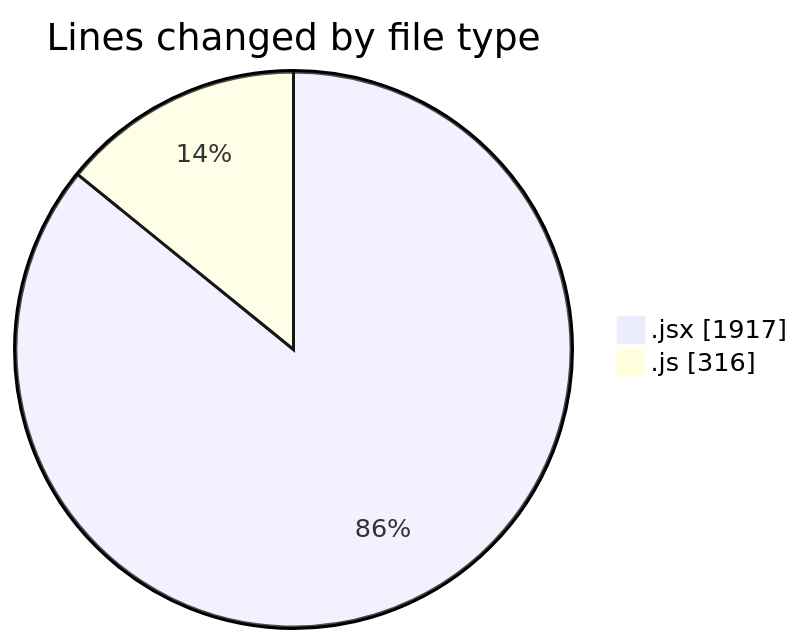
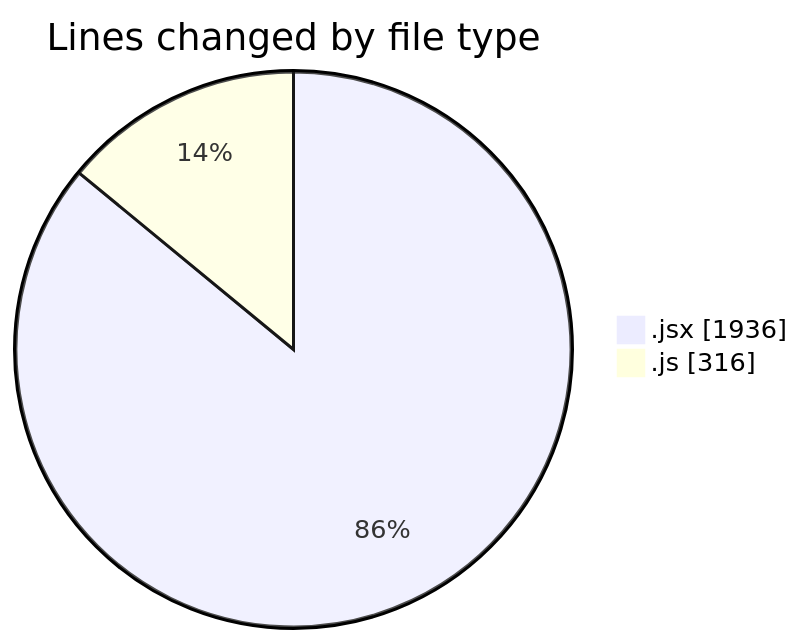
The first of 2 diagrams in 2025-07-13/argos/README.md (nxtqubesakshisongat/code-tracking), drawn with Mermaid before and after one commit. The commit also changed other lines of this file and 1 other file, not shown here.

````diff
--- a/2025-07-13/argos/README.md
+++ b/2025-07-13/argos/README.md
@@ -21,6 +21,6 @@
 ```mermaid
 pie showData
 title Lines changed by file type
-".jsx" : 1917
+".jsx" : 1936
 ".js" : 316
 ```
````
